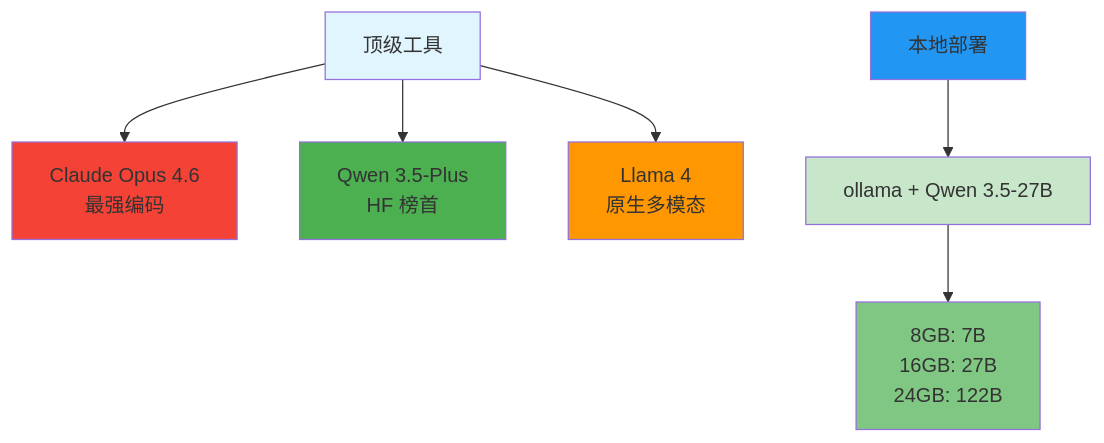
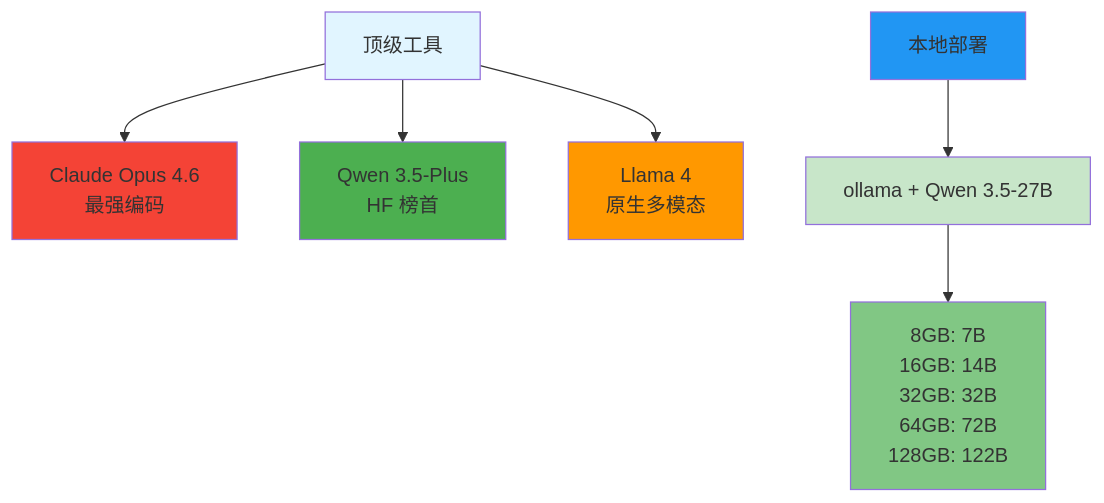
The sixth of 6 diagrams in README.md (Jasper-Wynn/agent-doc), drawn with Mermaid before and after one commit.

Commit message:
fix: 更新本地部署内存配置表格，基于 Qwen3.5 Q4_K_M 量化数据

````diff
--- a/README.md
+++ b/README.md
@@ -134,15 +134,15 @@
 ```mermaid
 flowchart TD
     A[顶级工具] --> B[Claude Opus 4.6<br/>最强编码]
     A --> C[Qwen 3.5-Plus<br/>HF 榜首]
     A --> D[Llama 4<br/>原生多模态]
     E[本地部署] --> F["ollama + Qwen 3.5-27B"]
-    F --> G[8GB: 7B<br/>16GB: 27B<br/>24GB: 122B]
+    F --> G["8GB: 7B<br/>16GB: 14B<br/>32GB: 32B<br/>64GB: 72B<br/>128GB: 122B"]
     style A fill: #e1f5ff
     style B fill: #f44336
     style C fill: #4caf50
     style D fill: #ff9800
     style E fill: #2196f3
     style F fill: #c8e6c9
     style G fill: #81c784
 ```
````
